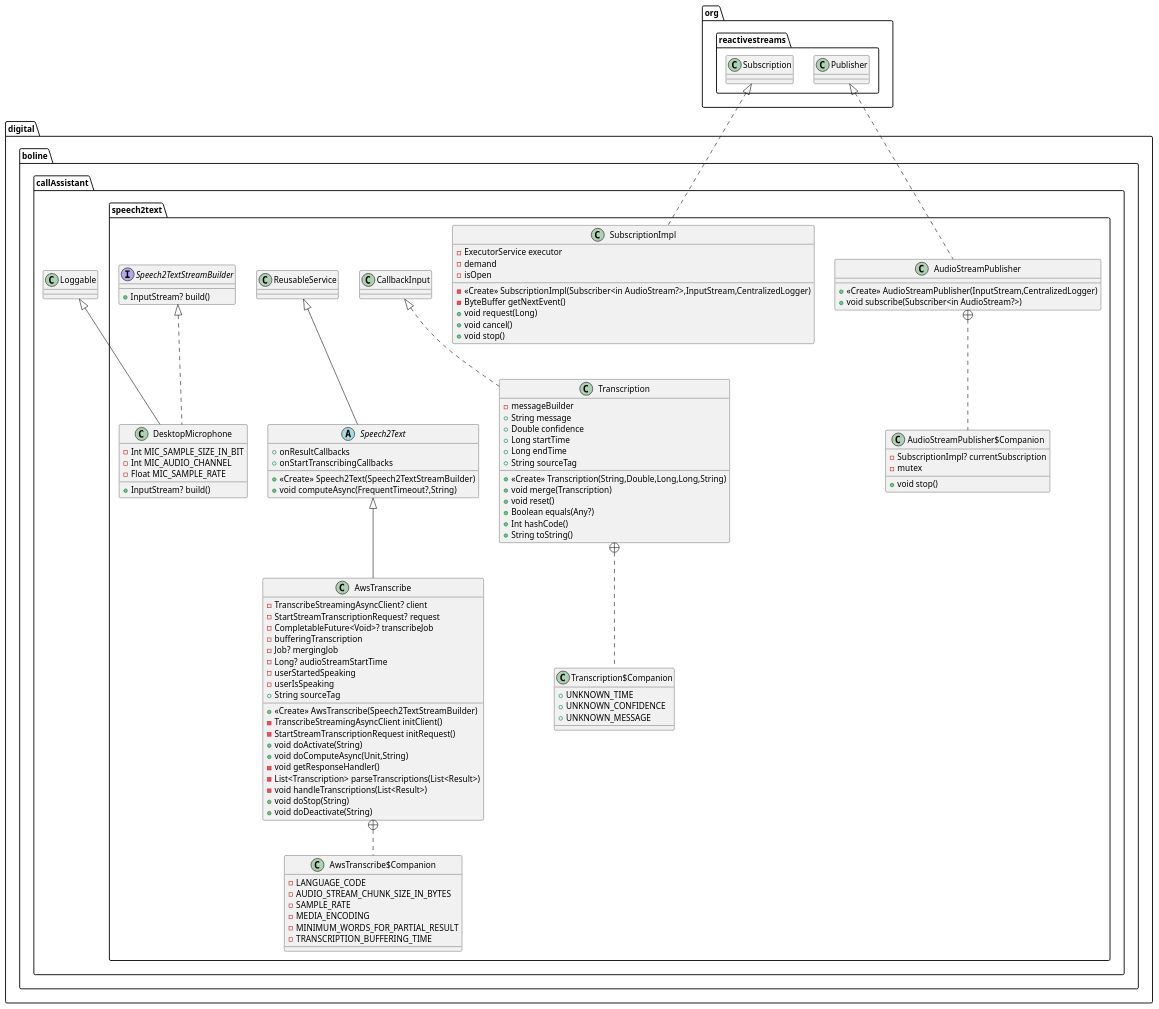
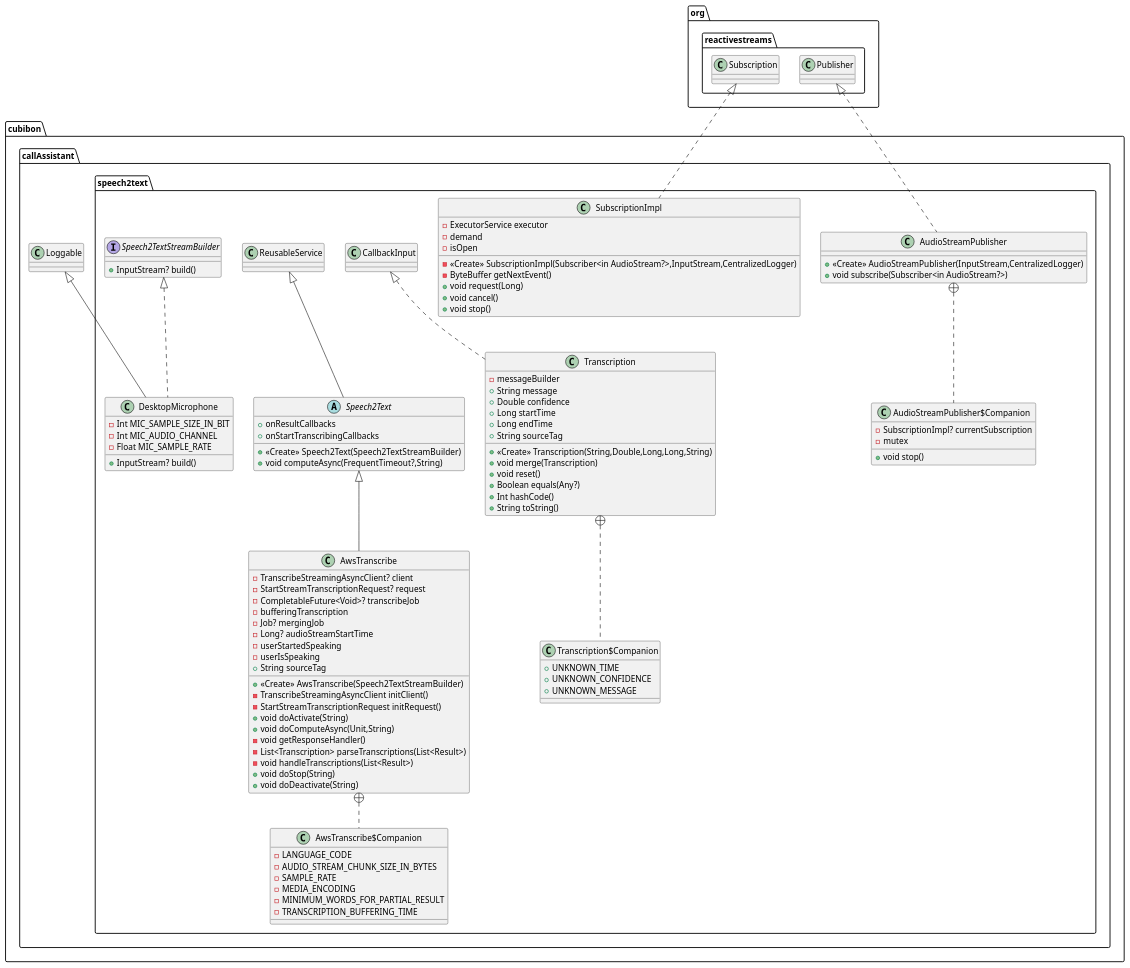
Before and after one commit to buoncubi/call_assistant: the diagram in doc/uml/speech2text.puml, drawn with PlantUML. The commit also changed 969 other files, not shown here.

```diff
--- a/doc/uml/speech2text.puml
+++ b/doc/uml/speech2text.puml
@@ -1,112 +1,112 @@
 @startuml
-class digital.boline.callAssistant.speech2text.DesktopMicrophone {
+class cubibon.callAssistant.speech2text.DesktopMicrophone {
 - Int MIC_SAMPLE_SIZE_IN_BIT
 - Int MIC_AUDIO_CHANNEL
 - Float MIC_SAMPLE_RATE
 + InputStream? build()
 }
 
 
-interface digital.boline.callAssistant.speech2text.Speech2TextStreamBuilder {
+interface cubibon.callAssistant.speech2text.Speech2TextStreamBuilder {
 + InputStream? build()
 }
 
-class digital.boline.callAssistant.speech2text.Transcription$Companion {
+class cubibon.callAssistant.speech2text.Transcription$Companion {
 +  UNKNOWN_TIME
 +  UNKNOWN_CONFIDENCE
 +  UNKNOWN_MESSAGE
 }
 
-class digital.boline.callAssistant.speech2text.Transcription {
+class cubibon.callAssistant.speech2text.Transcription {
 -  messageBuilder
 + String message
 + Double confidence
 + Long startTime
 + Long endTime
 + String sourceTag
 + <<Create>> Transcription(String,Double,Long,Long,String)
 + void merge(Transcription)
 + void reset()
 + Boolean equals(Any?)
 + Int hashCode()
 + String toString()
 }
 
 
-abstract class digital.boline.callAssistant.speech2text.Speech2Text {
+abstract class cubibon.callAssistant.speech2text.Speech2Text {
 +  onResultCallbacks
 +  onStartTranscribingCallbacks
 + <<Create>> Speech2Text(Speech2TextStreamBuilder)
 + void computeAsync(FrequentTimeout?,String)
 }
 
 
-class digital.boline.callAssistant.speech2text.AwsTranscribe$Companion {
+class cubibon.callAssistant.speech2text.AwsTranscribe$Companion {
 -  LANGUAGE_CODE
 -  AUDIO_STREAM_CHUNK_SIZE_IN_BYTES
 -  SAMPLE_RATE
 -  MEDIA_ENCODING
 -  MINIMUM_WORDS_FOR_PARTIAL_RESULT
 -  TRANSCRIPTION_BUFFERING_TIME
 }
 
-class digital.boline.callAssistant.speech2text.AwsTranscribe {
+class cubibon.callAssistant.speech2text.AwsTranscribe {
 - TranscribeStreamingAsyncClient? client
 - StartStreamTranscriptionRequest? request
 - CompletableFuture<Void>? transcribeJob
 -  bufferingTranscription
 - Job? mergingJob
 - Long? audioStreamStartTime
 -  userStartedSpeaking
 -  userIsSpeaking
 + String sourceTag
 + <<Create>> AwsTranscribe(Speech2TextStreamBuilder)
 - TranscribeStreamingAsyncClient initClient()
 - StartStreamTranscriptionRequest initRequest()
 + void doActivate(String)
 + void doComputeAsync(Unit,String)
 - void getResponseHandler()
 - List<Transcription> parseTranscriptions(List<Result>)
 - void handleTranscriptions(List<Result>)
 + void doStop(String)
 + void doDeactivate(String)
 }
 
 
-class digital.boline.callAssistant.speech2text.AudioStreamPublisher$Companion {
+class cubibon.callAssistant.speech2text.AudioStreamPublisher$Companion {
 - SubscriptionImpl? currentSubscription
 -  mutex
 + void stop()
 }
 
 
-class digital.boline.callAssistant.speech2text.AudioStreamPublisher {
+class cubibon.callAssistant.speech2text.AudioStreamPublisher {
 + <<Create>> AudioStreamPublisher(InputStream,CentralizedLogger)
 + void subscribe(Subscriber<in AudioStream?>)
 }
 
-class digital.boline.callAssistant.speech2text.SubscriptionImpl {
+class cubibon.callAssistant.speech2text.SubscriptionImpl {
 - ExecutorService executor
 -  demand
 -  isOpen
 - <<Create>> SubscriptionImpl(Subscriber<in AudioStream?>,InputStream,CentralizedLogger)
 - ByteBuffer getNextEvent()
 + void request(Long)
 + void cancel()
 + void stop()
 }
 
 
 
 
-digital.boline.callAssistant.speech2text.Speech2TextStreamBuilder <|.. digital.boline.callAssistant.speech2text.DesktopMicrophone
-digital.boline.callAssistant.Loggable <|-- digital.boline.callAssistant.speech2text.DesktopMicrophone
-digital.boline.callAssistant.speech2text.Transcription +.. digital.boline.callAssistant.speech2text.Transcription$Companion
-digital.boline.callAssistant.speech2text.CallbackInput <|.. digital.boline.callAssistant.speech2text.Transcription
-digital.boline.callAssistant.speech2text.ReusableService <|-- digital.boline.callAssistant.speech2text.Speech2Text
-digital.boline.callAssistant.speech2text.AwsTranscribe +.. digital.boline.callAssistant.speech2text.AwsTranscribe$Companion
-digital.boline.callAssistant.speech2text.Speech2Text <|-- digital.boline.callAssistant.speech2text.AwsTranscribe
-digital.boline.callAssistant.speech2text.AudioStreamPublisher +.. digital.boline.callAssistant.speech2text.AudioStreamPublisher$Companion
-org.reactivestreams.Publisher <|.. digital.boline.callAssistant.speech2text.AudioStreamPublisher
-org.reactivestreams.Subscription <|.. digital.boline.callAssistant.speech2text.SubscriptionImpl
+cubibon.callAssistant.speech2text.Speech2TextStreamBuilder <|.. cubibon.callAssistant.speech2text.DesktopMicrophone
+cubibon.callAssistant.Loggable <|-- cubibon.callAssistant.speech2text.DesktopMicrophone
+cubibon.callAssistant.speech2text.Transcription +.. cubibon.callAssistant.speech2text.Transcription$Companion
+cubibon.callAssistant.speech2text.CallbackInput <|.. cubibon.callAssistant.speech2text.Transcription
+cubibon.callAssistant.speech2text.ReusableService <|-- cubibon.callAssistant.speech2text.Speech2Text
+cubibon.callAssistant.speech2text.AwsTranscribe +.. cubibon.callAssistant.speech2text.AwsTranscribe$Companion
+cubibon.callAssistant.speech2text.Speech2Text <|-- cubibon.callAssistant.speech2text.AwsTranscribe
+cubibon.callAssistant.speech2text.AudioStreamPublisher +.. cubibon.callAssistant.speech2text.AudioStreamPublisher$Companion
+org.reactivestreams.Publisher <|.. cubibon.callAssistant.speech2text.AudioStreamPublisher
+org.reactivestreams.Subscription <|.. cubibon.callAssistant.speech2text.SubscriptionImpl
 @enduml
```
